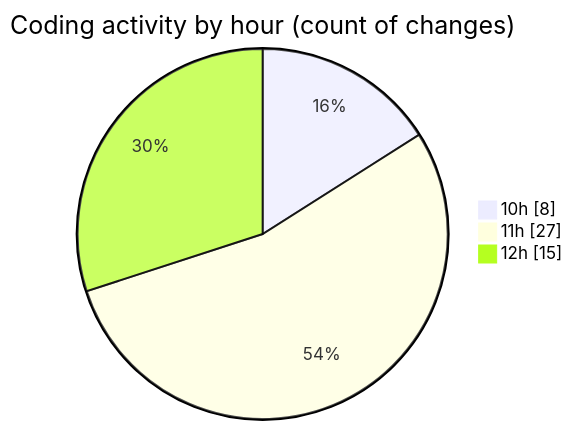
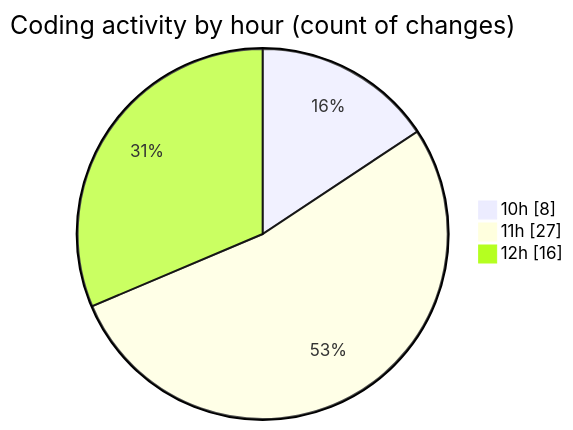
One commit to nxtqubesakshisongat/code-tracking changed the second of 2 diagrams in 2025-09-29/nxtqube_webapp/README.md. Above: the diagram before and after it, drawn with Mermaid. The commit also changed other lines of this file and 1 other file, not shown here.

````diff
--- a/2025-09-29/nxtqube_webapp/README.md
+++ b/2025-09-29/nxtqube_webapp/README.md
@@ -31,7 +31,7 @@
 ```mermaid
 pie showData
 title Coding activity by hour (count of changes)
 "10h" : 8
 "11h" : 27
-"12h" : 15
+"12h" : 16
 ```
````
